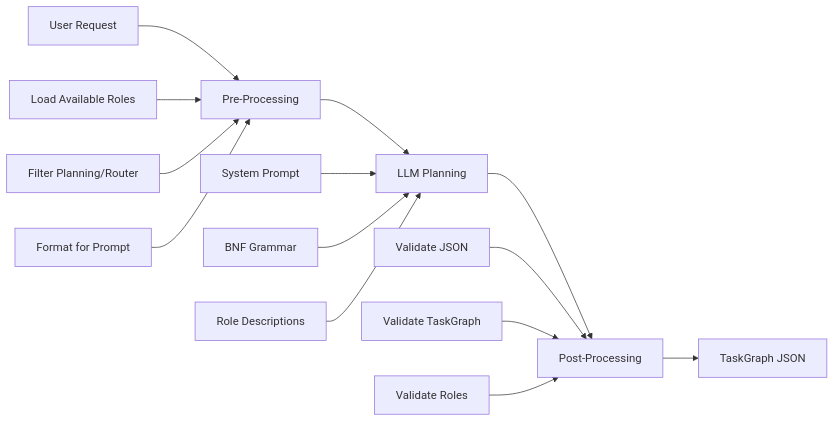
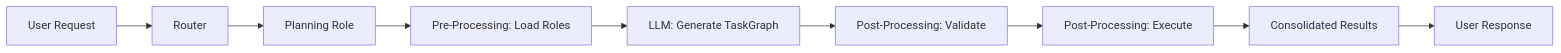
The first of 2 diagrams in docs/34_PLANNING_ROLE_DESIGN.md (lenaxia/generative-agent), drawn with Mermaid before and after one commit. The commit also changed other lines of this file and 15 other files, not shown here.

First line of the commit message:
Implement post-lifecycle TaskGraph execution in planning role

````diff
--- a/docs/34_PLANNING_ROLE_DESIGN.md
+++ b/docs/34_PLANNING_ROLE_DESIGN.md
@@ -55,19 +56,11 @@
 ```mermaid
 graph LR
-    A[User Request] --> B[Pre-Processing]
-    B --> C[LLM Planning]
-    C --> D[Post-Processing]
-    D --> E[TaskGraph JSON]
-
-    B1[Load Available Roles] --> B
-    B2[Filter Planning/Router] --> B
-    B3[Format for Prompt] --> B
-
-    C1[System Prompt] --> C
-    C2[BNF Grammar] --> C
-    C3[Role Descriptions] --> C
-
-    D1[Validate JSON] --> D
-    D2[Validate TaskGraph] --> D
-    D3[Validate Roles] --> D
+    A[User Request] --> B[Router]
+    B --> C[Planning Role]
+    C --> D[Pre-Processing: Load Roles]
+    D --> E[LLM: Generate TaskGraph]
+    E --> F[Post-Processing: Validate]
+    F --> G[Post-Processing: Execute]
+    G --> H[Consolidated Results]
+    H --> I[User Response]
 ```
````
